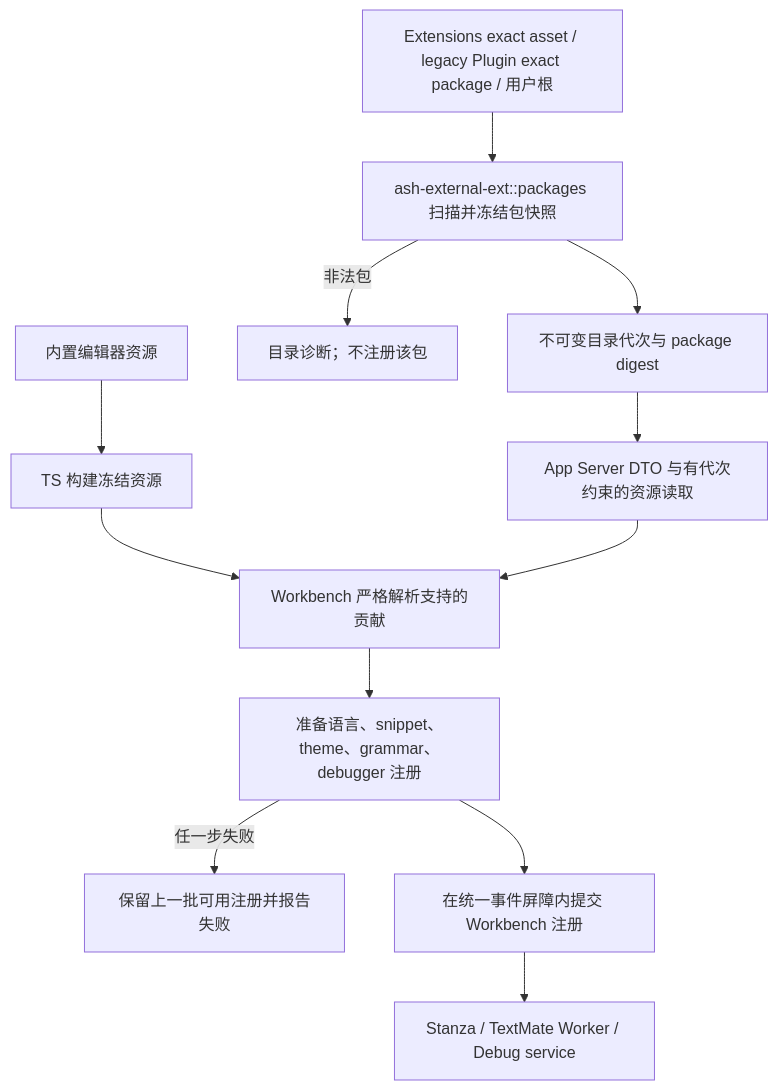
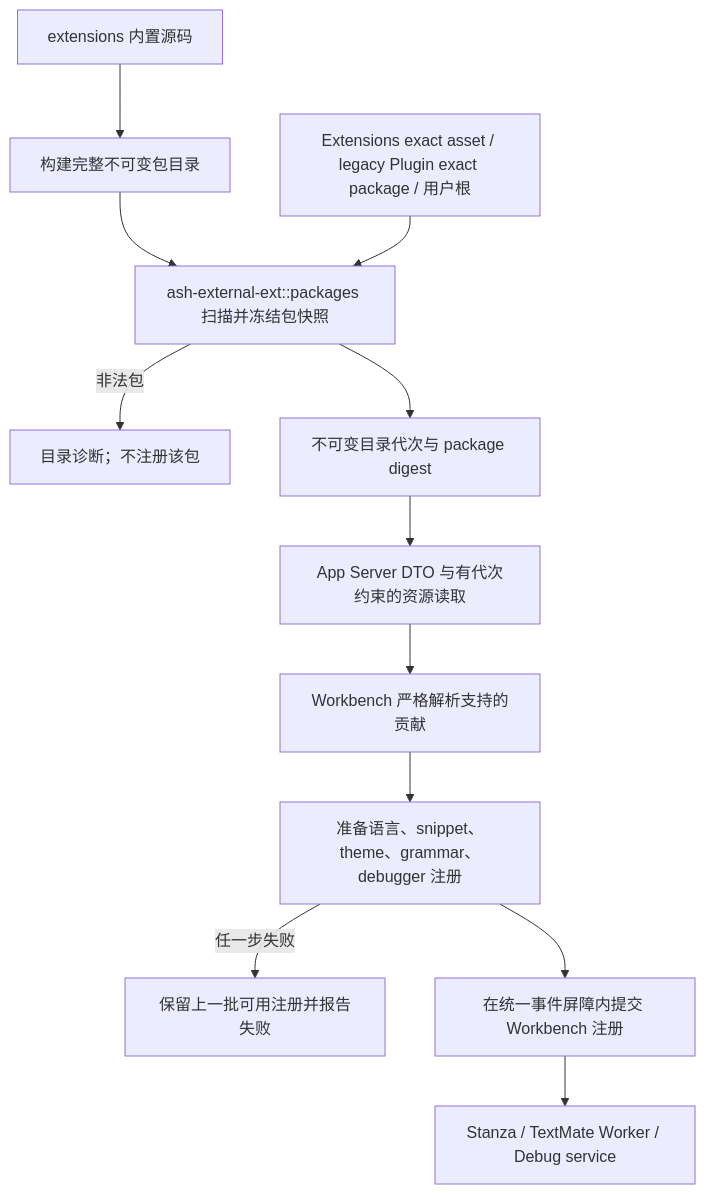
One commit to chogng/ash changed the fourth of 5 diagrams in docs/editor-extensions.md. Above: the diagram before and after it, drawn with Mermaid. The commit also changed other lines of this file and 91 other files, not shown here.

````diff
--- a/docs/editor-extensions.md
+++ b/docs/editor-extensions.md
@@ -565,14 +565,14 @@
 ```mermaid
 flowchart TD
-    builtin["内置编辑器资源"] --> build["TS 构建冻结资源"]
-    build --> parse
+    builtin["extensions 内置源码"] --> build["构建完整不可变包目录"]
+    build --> scan
     package["Extensions exact asset / legacy Plugin exact package / 用户根"] --> scan["ash-external-ext::packages 扫描并冻结包快照"]
     scan -->|非法包| diagnostic["目录诊断；不注册该包"]
     scan --> catalog["不可变目录代次与 package digest"]
     catalog --> protocol["App Server DTO 与有代次约束的资源读取"]
     protocol --> parse["Workbench 严格解析支持的贡献"]
     parse --> prepare["准备语言、snippet、theme、grammar、debugger 注册"]
     prepare -->|任一步失败| previous["保留上一批可用注册并报告失败"]
     prepare --> commit["在统一事件屏障内提交 Workbench 注册"]
     commit --> consumers["Stanza / TextMate Worker / Debug service"]
 ```
````
